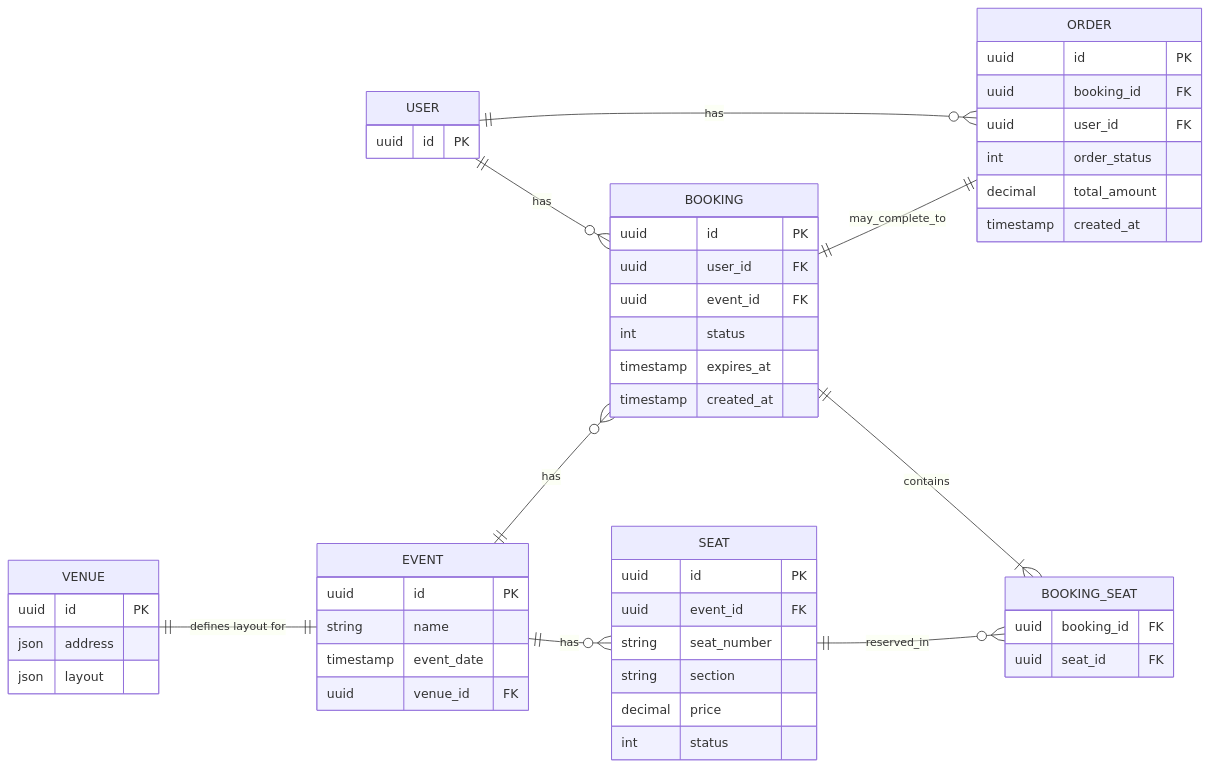
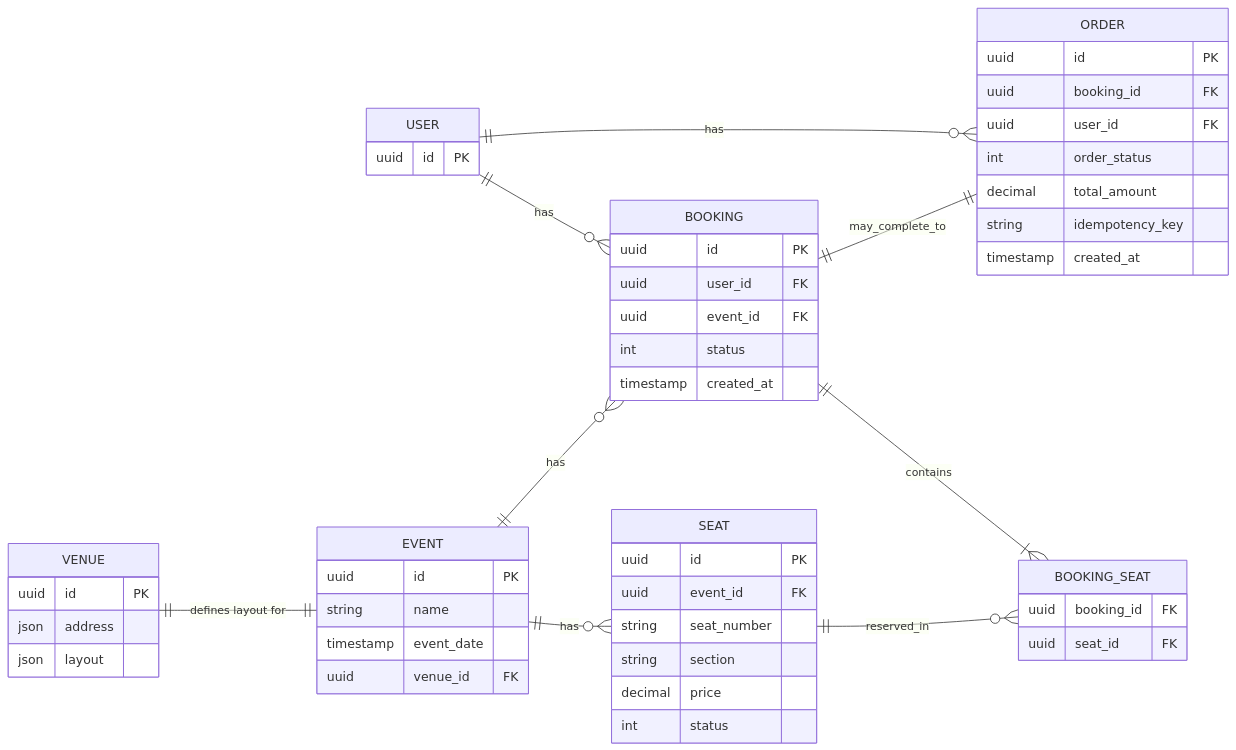
One commit to GeorgeD615/ticket-booking-service changed the diagram in dev-solution.md. Above: the diagram before and after it, drawn with Mermaid. The commit also changed other lines of this file, not shown here.

````diff
--- a/dev-solution.md
+++ b/dev-solution.md
@@ -181,62 +181,62 @@
 ```mermaid
 erDiagram
     direction LR
 
     USER {
         uuid id PK
     }
     
     EVENT {
         uuid id PK
         string name
         timestamp event_date
         uuid venue_id FK
     }
     
     VENUE {
         uuid id PK
         json address
         json layout
     }
     
     SEAT {
         uuid id PK
         uuid event_id FK
         string seat_number
         string section
         decimal price
         int status
     }
     
     BOOKING {
         uuid id PK
         uuid user_id FK
         uuid event_id FK
         int status
-        timestamp expires_at
         timestamp created_at
     }
     
     BOOKING_SEAT {
         uuid booking_id FK
         uuid seat_id FK
     }
     
     ORDER {
         uuid id PK
         uuid booking_id FK
         uuid user_id FK
         int order_status
         decimal total_amount
+        string idempotency_key
         timestamp created_at
     }
     
     EVENT ||--o{ SEAT : "has"
     EVENT ||--o{ BOOKING : "has"
     USER ||--o{ BOOKING : "has"
     USER ||--o{ ORDER : "has"
     VENUE ||--|| EVENT : "defines layout for"
     BOOKING ||--|{ BOOKING_SEAT : "contains"
     SEAT ||--o{ BOOKING_SEAT : "reserved_in"
     BOOKING ||--|| ORDER : "may_complete_to"
 ```
````
